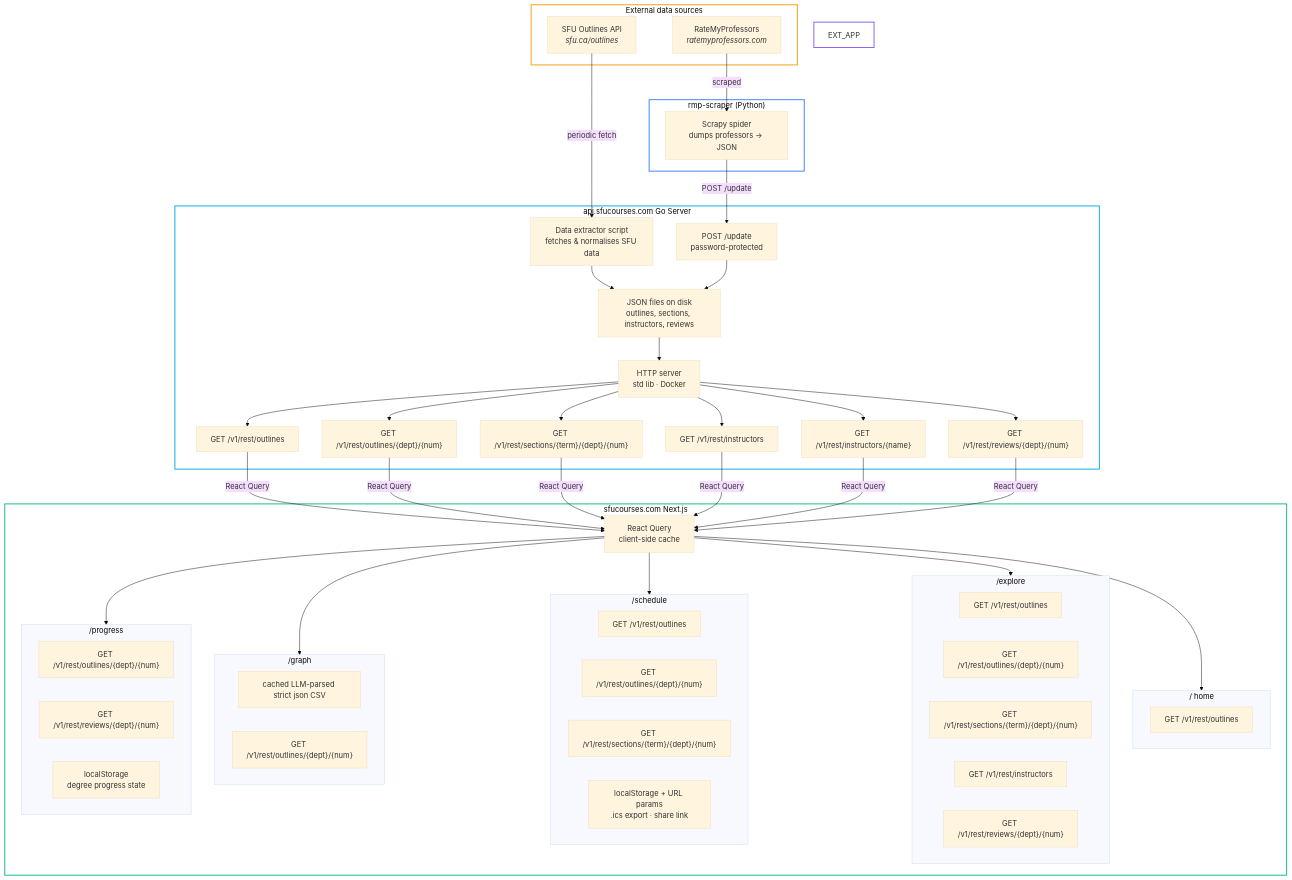
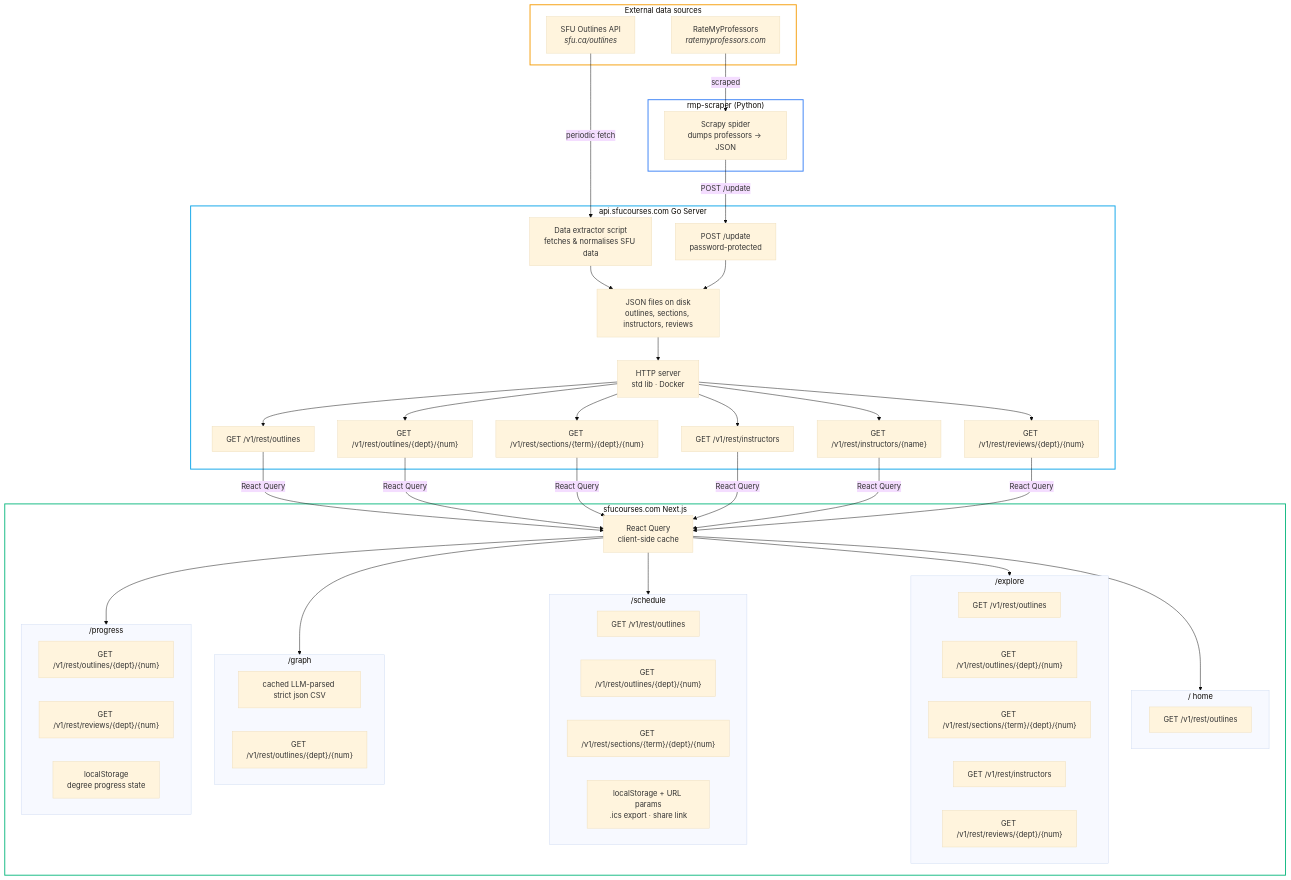
The diagram in content/posts/making-sfucourses.md (brianrahadi/quartz), drawn with Mermaid (base theme) before and after one commit.

Commit message:
Quartz sync: Apr 12, 2026, 9:14 PM

```diff
--- a/content/posts/making-sfucourses.md
+++ b/content/posts/making-sfucourses.md
@@ -29,7 +29,6 @@
   style SCRAPER fill:transparent,stroke:#3b82f6,stroke-width:2px
   style API fill:transparent,stroke:#0ea5e9,stroke-width:2px
   style FE fill:transparent,stroke:#10b981,stroke-width:2px
-  style EXT_APP fill:transparent,stroke:#8b5cf6,stroke-width:2px
 
   subgraph EXT["External data sources"]
     SFU["SFU Outlines API<br/><i>sfu.ca/outlines</i>"]
```
